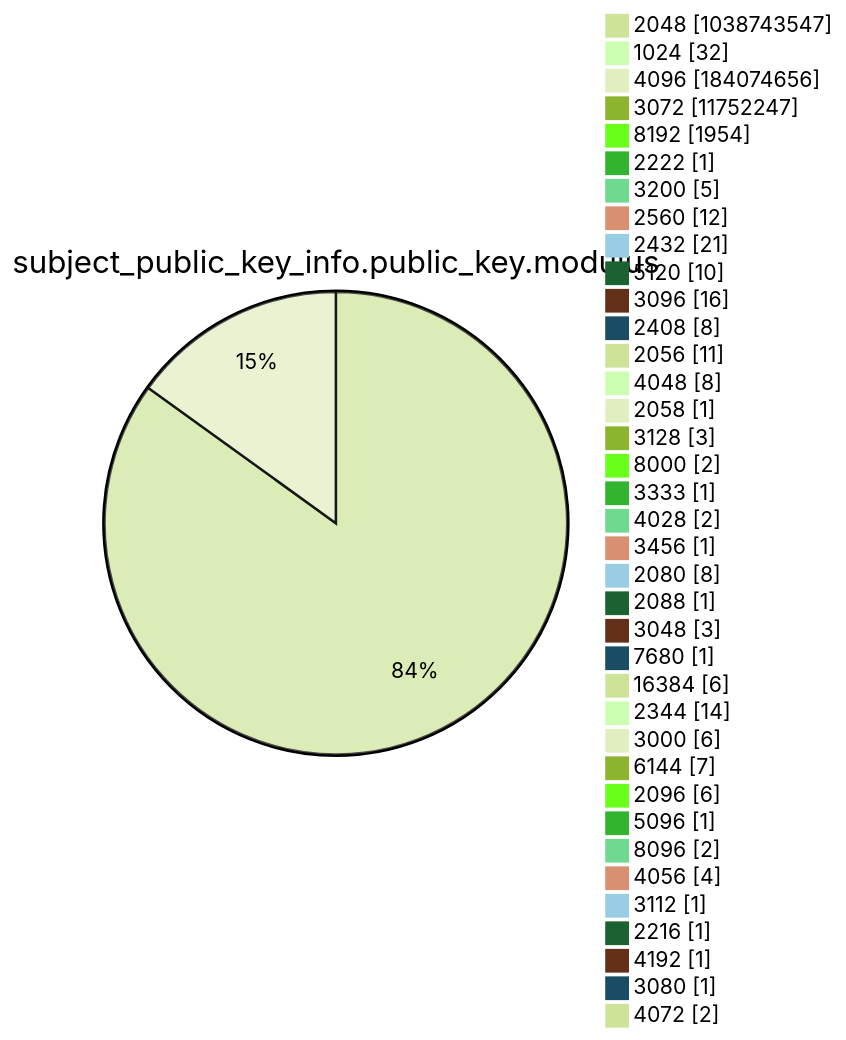
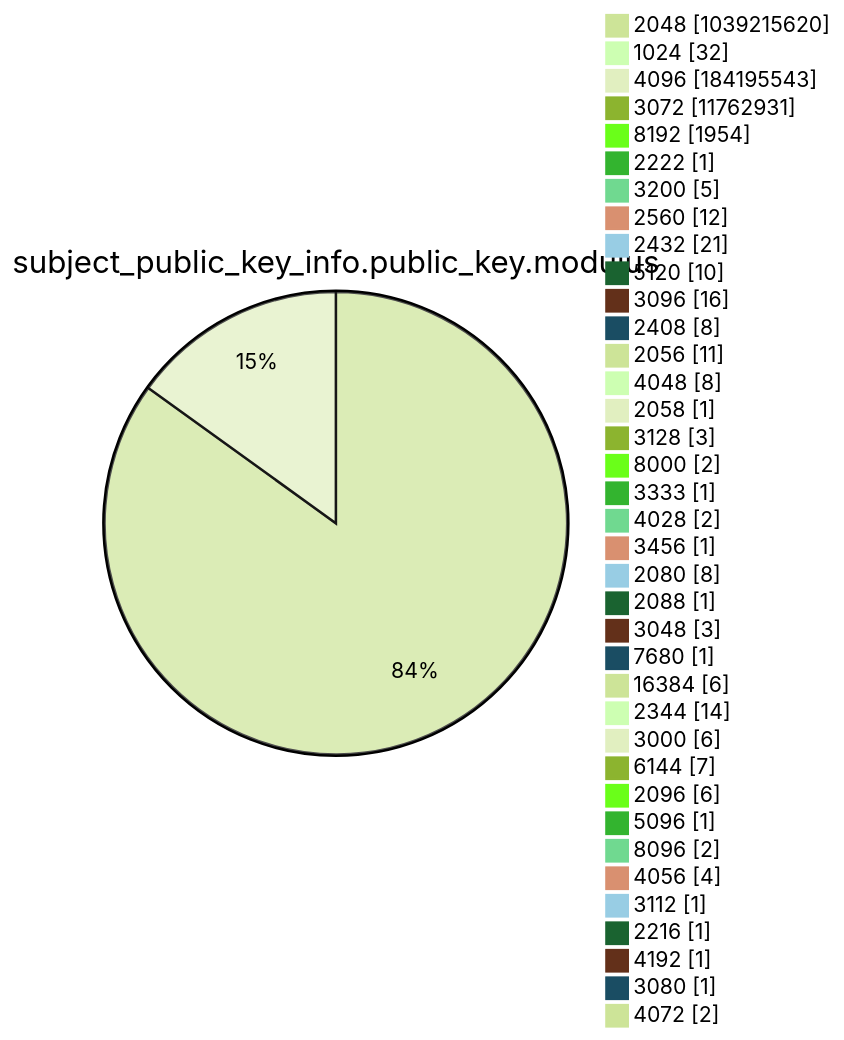
Before and after one commit to christiankrug/ctmonitor_visualization: diagram 13 of 15 in argon2022/README.md, drawn with Mermaid (forest theme). The commit also changed other lines of this file, not shown here.

````diff
--- a/argon2022/README.md
+++ b/argon2022/README.md
@@ -3589,41 +3589,41 @@
 ```mermaid
 pie showData
 title subject_public_key_info.public_key.modulus
-"2048" :1038743547
+"2048" :1039215620
 "1024" :32
-"4096" :184074656
-"3072" :11752247
+"4096" :184195543
+"3072" :11762931
 "8192" :1954
 "2222" :1
 "3200" :5
 "2560" :12
 "2432" :21
 "5120" :10
 "3096" :16
 "2408" :8
 "2056" :11
 "4048" :8
 "2058" :1
 "3128" :3
 "8000" :2
 "3333" :1
 "4028" :2
 "3456" :1
 "2080" :8
 "2088" :1
 "3048" :3
 "7680" :1
 "16384" :6
 "2344" :14
 "3000" :6
 "6144" :7
 "2096" :6
 "5096" :1
 "8096" :2
 "4056" :4
 "3112" :1
 "2216" :1
 "4192" :1
 "3080" :1
 "4072" :2
 ```
````
